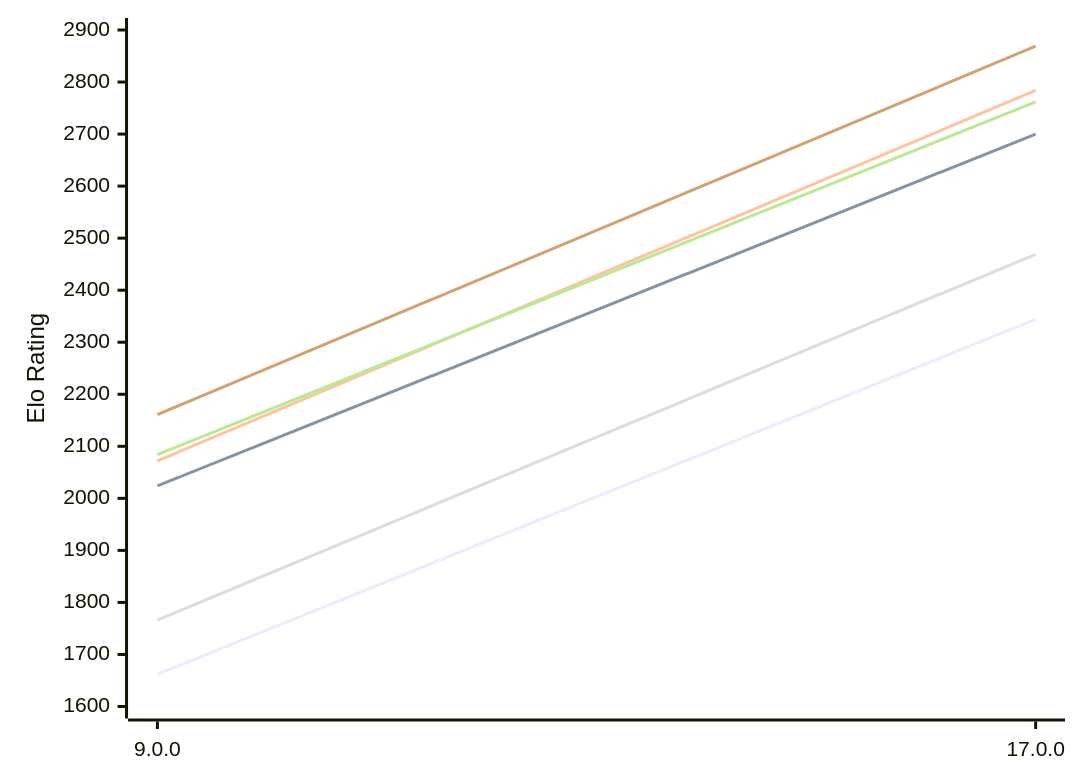
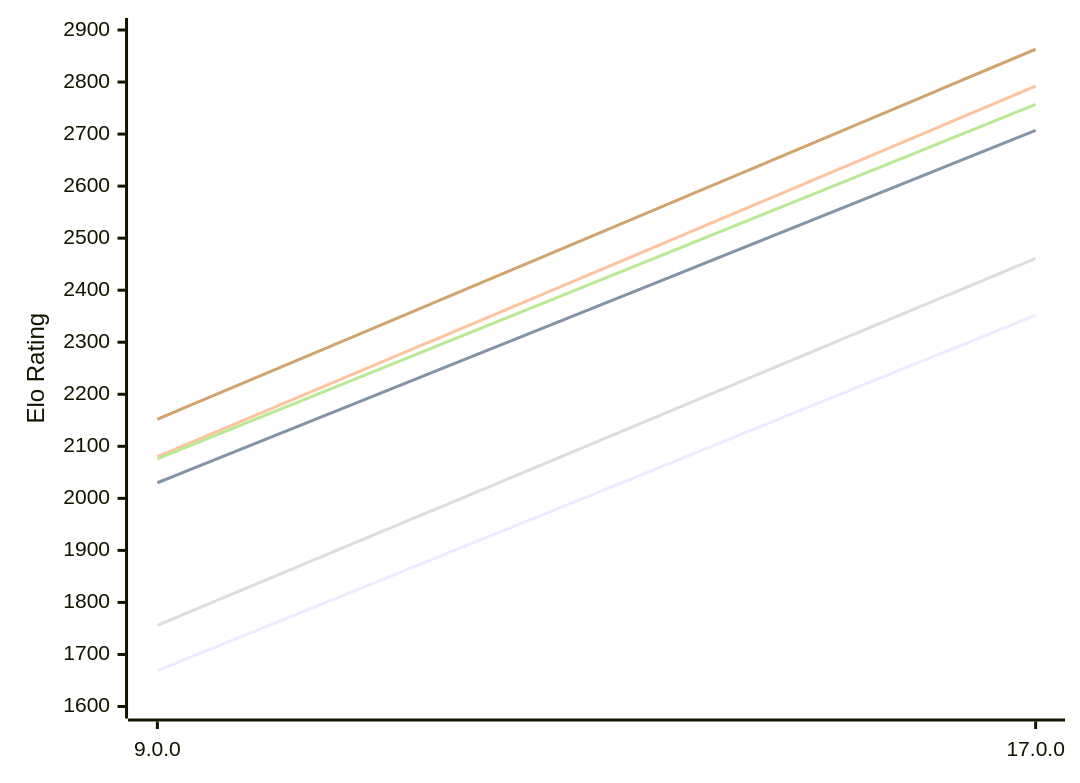
One commit to computer-chess-index/cci changed the first of 2 diagrams in engines/Cepimetheus.md. Above: the diagram before and after it, drawn with Mermaid. The commit also changed other lines of this file, not shown here.

Commit message:
Update CCI Ratings (ELO VLTC) - 2026-11-06

````diff
--- a/engines/Cepimetheus.md
+++ b/engines/Cepimetheus.md
@@ -62,12 +62,12 @@
 ```mermaid
 %%{init: {"theme":"base","themeVariables":{"seriesColors:['#a3a3a3','#222221','#faa371']}}}%%
 xychart-beta
   x-axis ["9.0.0", "17.0.0"]
   y-axis "Elo Rating" 1600 --> 2900
-  line "E1: STC (8.0+0.08s)" [1662, 2344]
-  line "E1: LTC (60.0+0.60s)" [2024, 2700]
-  line "E1: VLTC (2m24s+1.12s)" [2072, 2784]
-  line "P1: STC (8.0+0.08s)" [1766, 2469]
-  line "P1: LTC (60.0+0.60s)" [2084, 2762]
-  line "P1: VLTC (2m24s+1.12s)" [2161, 2869]
+  line "E1: STC (8.0+0.08s)" [1669, 2352]
+  line "E1: LTC (60.0+0.60s)" [2030, 2707]
+  line "E1: VLTC (2m24s+1.12s)" [2080, 2792]
+  line "P1: STC (8.0+0.08s)" [1756, 2461]
+  line "P1: LTC (60.0+0.60s)" [2076, 2757]
+  line "P1: VLTC (2m24s+1.12s)" [2152, 2863]
 ```
````
